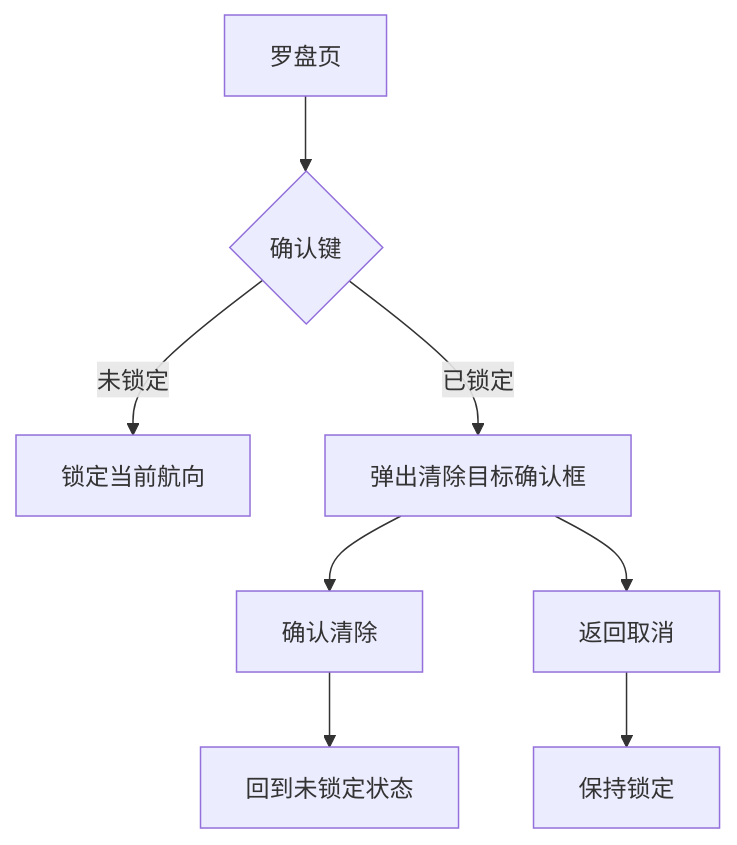
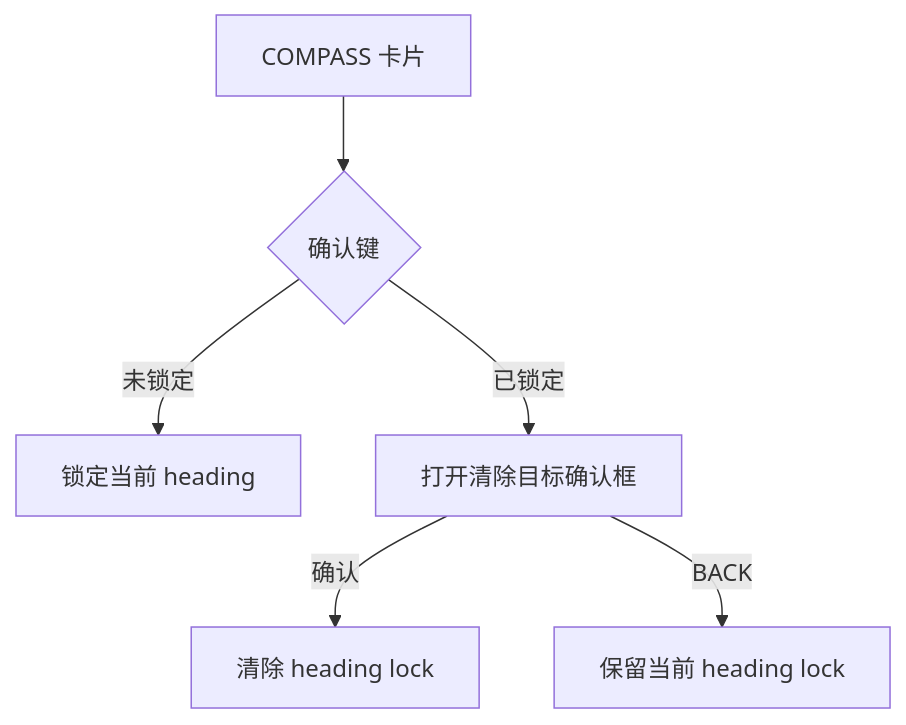
One commit to arexvision/lv_port_win_codeblocks-release-v8.3_hasGroup changed the seventh of 7 diagrams in UI_html_DOC/UI_STATE_LOGIC.md. Above: the diagram before and after it, drawn with Mermaid. The commit also changed other lines of this file, not shown here.

````diff
--- a/UI_html_DOC/UI_STATE_LOGIC.md
+++ b/UI_html_DOC/UI_STATE_LOGIC.md
@@ -206,10 +306,8 @@
 ```mermaid
 flowchart TB
-    Compass["罗盘页"] --> Click1{"确认键"}
-    Click1 -->|"未锁定"| Lock["锁定当前航向"]
-    Click1 -->|"已锁定"| ClearModal["弹出清除目标确认框"]
-    ClearModal --> Confirm["确认清除"]
-    ClearModal --> Back["返回取消"]
-    Confirm --> Unlocked["回到未锁定状态"]
-    Back --> Locked["保持锁定"]
+    Compass["COMPASS 卡片"] --> Click{"确认键"}
+    Click -->|"未锁定"| Lock["锁定当前 heading"]
+    Click -->|"已锁定"| Modal["打开清除目标确认框"]
+    Modal -->|"确认"| Clear["清除 heading lock"]
+    Modal -->|"BACK"| Keep["保留当前 heading lock"]
 ```
````
